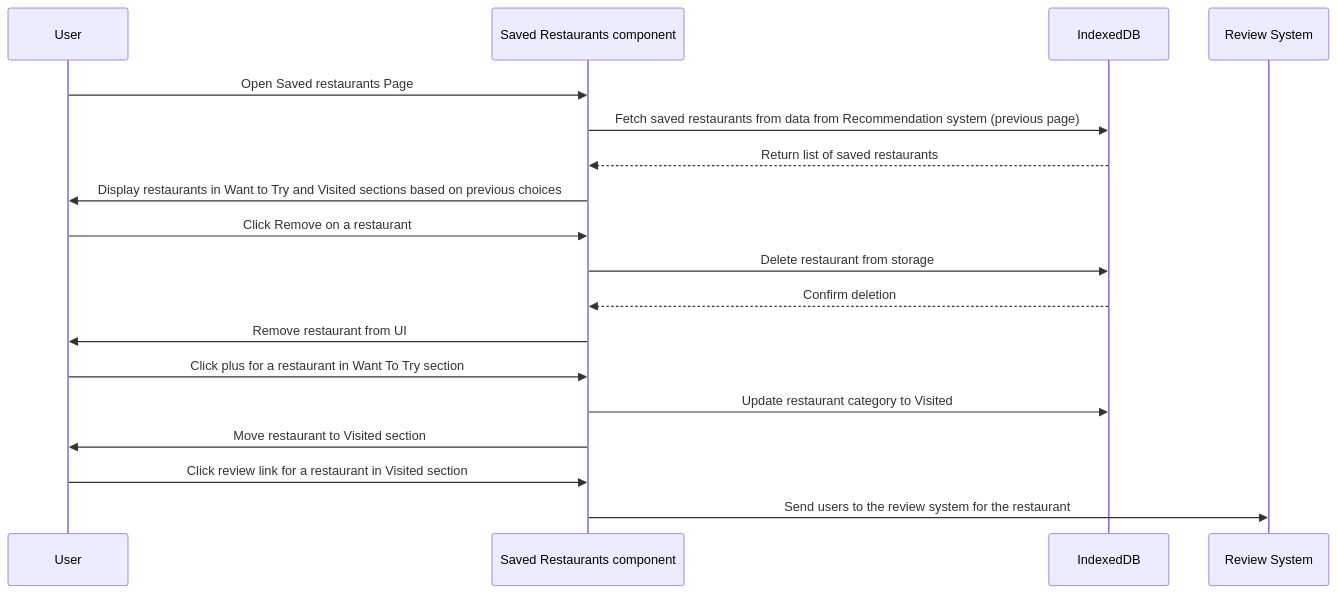
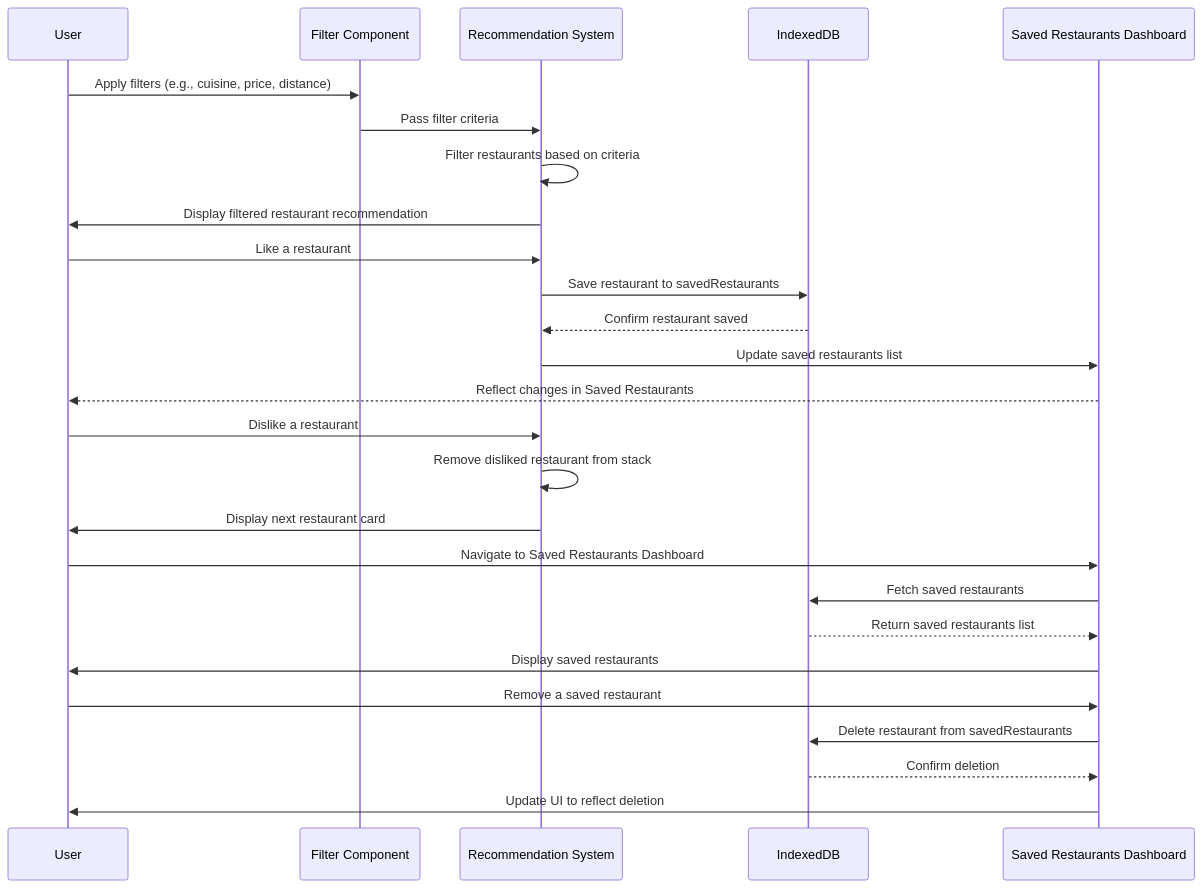
The diagram in team/m3/addie-padhi/feature-sequence-diagram.md (addie-p/Team20-Project), drawn with Mermaid before and after one commit.

Commit message:
Update feature-sequence-diagram.md
Update feature sequence diagram with the correct diagram in mermaid syntax

````diff
--- a/team/m3/addie-padhi/feature-sequence-diagram.md
+++ b/team/m3/addie-padhi/feature-sequence-diagram.md
@@ -15,24 +15,34 @@
 ```mermaid
 sequenceDiagram
     participant User as User
-    participant Dashboard as Saved Restaurants component
+    participant Filter as Filter Component
+    participant Recommendation as Recommendation System
     participant IndexedDB as IndexedDB
-    participant Review as Review System
+    participant SavedDashboard as Saved Restaurants Dashboard
 
-    User->>Dashboard: Open Saved restaurants Page
-    Dashboard->>IndexedDB: Fetch saved restaurants from data from Recommendation system (previous page)
-    IndexedDB-->>Dashboard: Return list of saved restaurants
-    Dashboard->>User: Display restaurants in Want to Try and Visited sections based on previous choices
+    User->>Filter: Apply filters (e.g., cuisine, price, distance)
+    Filter->>Recommendation: Pass filter criteria
+    Recommendation->>Recommendation: Filter restaurants based on criteria
+    Recommendation->>User: Display filtered restaurant recommendation
 
-    User->>Dashboard: Click Remove on a restaurant
-    Dashboard->>IndexedDB: Delete restaurant from storage
-    IndexedDB-->>Dashboard: Confirm deletion
-    Dashboard->>User: Remove restaurant from UI
+    User->>Recommendation: Like a restaurant
+    Recommendation->>IndexedDB: Save restaurant to savedRestaurants
+    IndexedDB-->>Recommendation: Confirm restaurant saved
+    Recommendation->>SavedDashboard: Update saved restaurants list
+    SavedDashboard-->>User: Reflect changes in Saved Restaurants
 
-    User->>Dashboard: Click plus for a restaurant in Want To Try section
-    Dashboard->>IndexedDB: Update restaurant category to Visited
-    Dashboard->>User: Move restaurant to Visited section
+    User->>Recommendation: Dislike a restaurant
+    Recommendation->>Recommendation: Remove disliked restaurant from stack
+    Recommendation->>User: Display next restaurant card
 
-    User->>Dashboard: Click review link for a restaurant in Visited section
-    Dashboard->>Review: Send users to the review system for the restaurant
+    User->>SavedDashboard: Navigate to Saved Restaurants Dashboard
+    SavedDashboard->>IndexedDB: Fetch saved restaurants
+    IndexedDB-->>SavedDashboard: Return saved restaurants list
+    SavedDashboard->>User: Display saved restaurants
+
+    User->>SavedDashboard: Remove a saved restaurant
+    SavedDashboard->>IndexedDB: Delete restaurant from savedRestaurants
+    IndexedDB-->>SavedDashboard: Confirm deletion
+    SavedDashboard->>User: Update UI to reflect deletion
+
 ```
````
